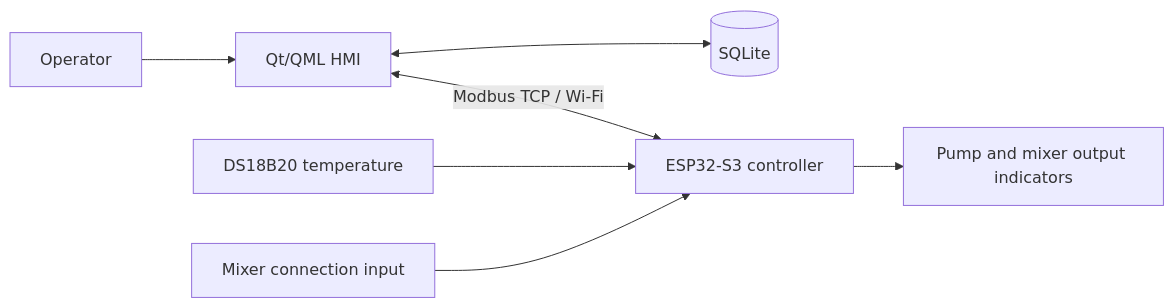
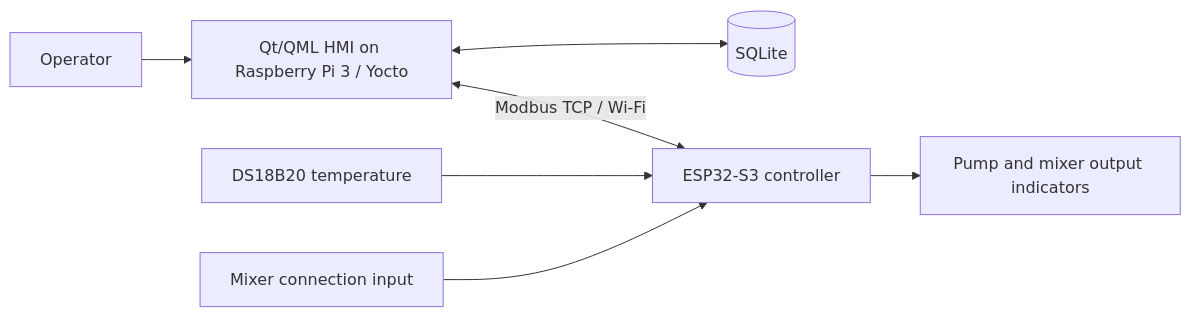
The diagram in README.md (LukaszCitko/QtPortfolio), drawn with Mermaid before and after one commit. The commit also changed other lines of this file and 1 other file, not shown here.

Commit message:
Update portfolio and Raspberry Pi deployment documentation

````diff
--- a/README.md
+++ b/README.md
@@ -31,9 +32,9 @@
 ```mermaid
 flowchart LR
-    Operator[Operator] --> HMI[Qt/QML HMI]
+    Operator[Operator] --> HMI[Qt/QML HMI on Raspberry Pi 3 / Yocto]
     HMI <--> DB[(SQLite)]
     HMI <-->|Modbus TCP / Wi-Fi| ESP[ESP32-S3 controller]
     ESP --> OUT[Pump and mixer output indicators]
     SENSOR[DS18B20 temperature] --> ESP
     INPUT[Mixer connection input] --> ESP
 ```
````
